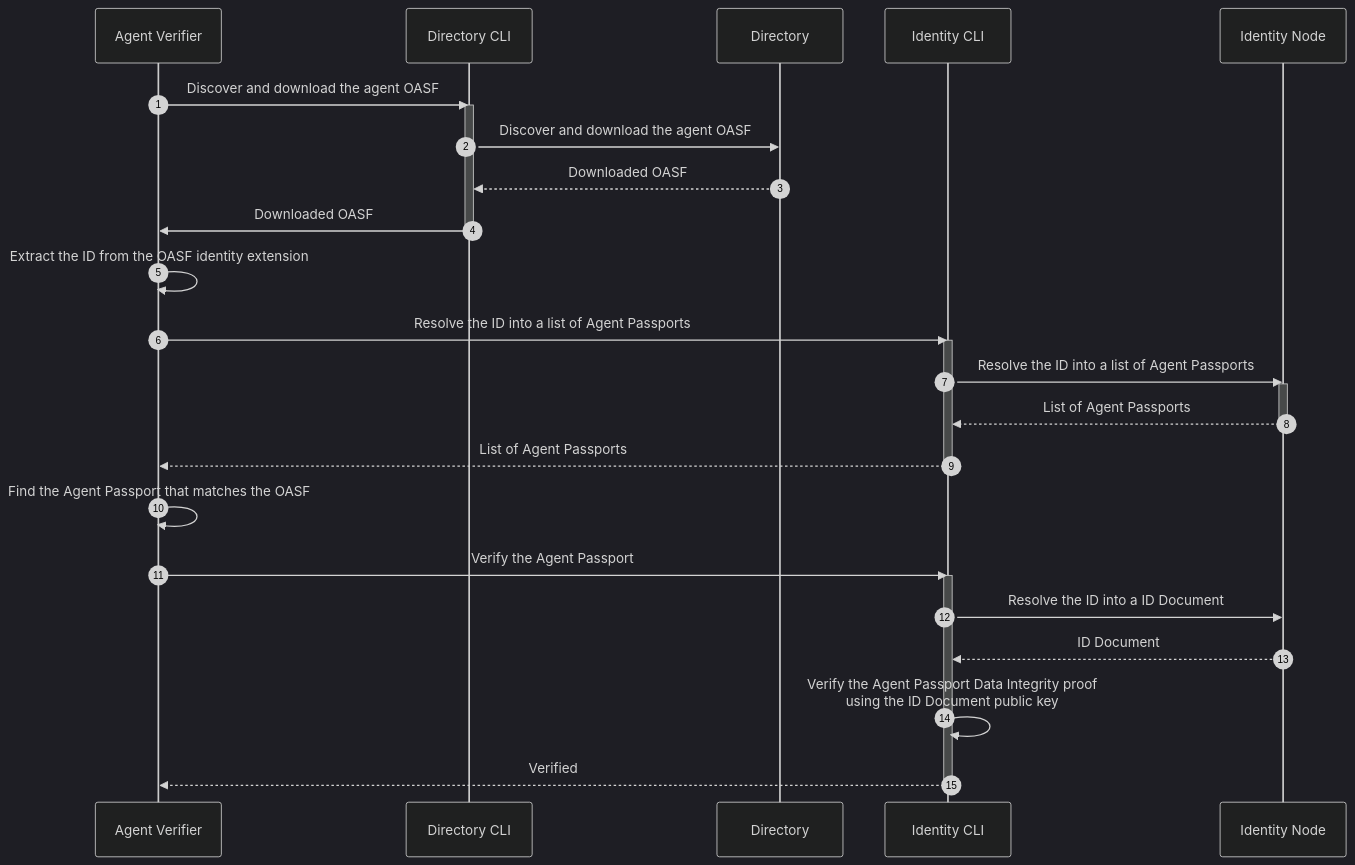
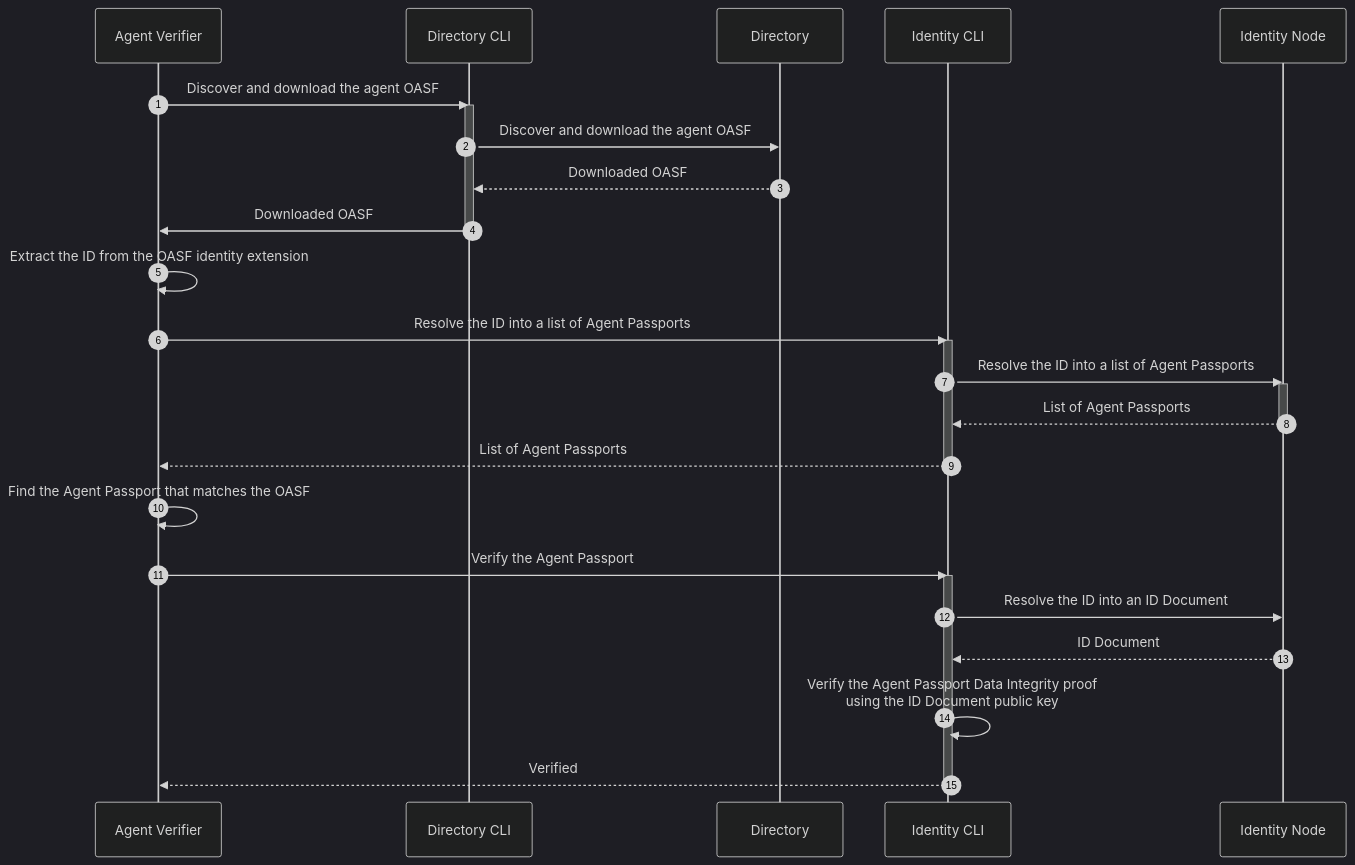
The third of 4 diagrams in docs-src/docs/specs/flows/agntcy.md (agntcy/identity-spec), drawn with Mermaid (dark theme) before and after one commit. The commit also changed other lines of this file, not shown here.

Commit message:
feat: updated create flow

````diff
--- a/docs-src/docs/specs/flows/agntcy.md
+++ b/docs-src/docs/specs/flows/agntcy.md
@@ -105,34 +141,34 @@
 ```mermaid
 sequenceDiagram
 autonumber
 
 % Discover + download the agent OASF
 Agent Verifier->>Directory CLI: Discover and download the agent OASF
 activate Directory CLI
 Directory CLI->>Directory: Discover and download the agent OASF
 Directory-->>Directory CLI: Downloaded OASF
 Directory CLI->>Agent Verifier: Downloaded OASF
 deactivate Directory CLI
 
 Agent Verifier->>Agent Verifier: Extract the ID from the OASF identity extension
 
 % Resolve the ID into a list of Agent Passports
 Agent Verifier->>Identity CLI: Resolve the ID into a list of Agent Passports
 activate Identity CLI
 Identity CLI->>Identity Node: Resolve the ID into a list of Agent Passports
 activate Identity Node
 Identity Node-->>Identity CLI: List of Agent Passports
 deactivate Identity Node
 Identity CLI-->>Agent Verifier: List of Agent Passports
 deactivate Identity CLI
 
 % Find and verify the Agent Passport
 Agent Verifier->>Agent Verifier: Find the Agent Passport that matches the OASF
 Agent Verifier->>Identity CLI: Verify the Agent Passport
 activate Identity CLI
-Identity CLI->>Identity Node: Resolve the ID into a ID Document
+Identity CLI->>Identity Node: Resolve the ID into an ID Document
 Identity Node-->>Identity CLI: ID Document
 Identity CLI->>Identity CLI: Verify the Agent Passport Data Integrity proof<br/>using the ID Document public key
 Identity CLI-->>Agent Verifier: Verified
 deactivate Identity CLI
 ```
````
